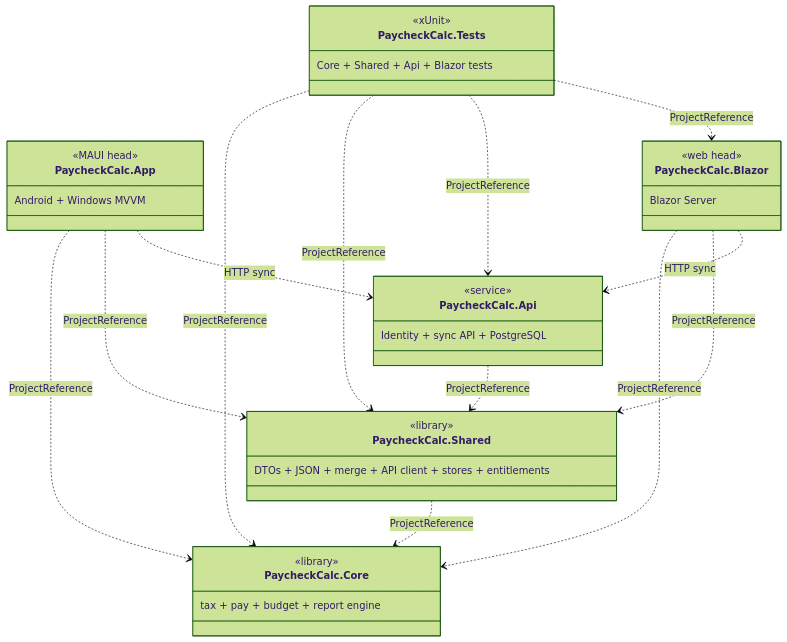
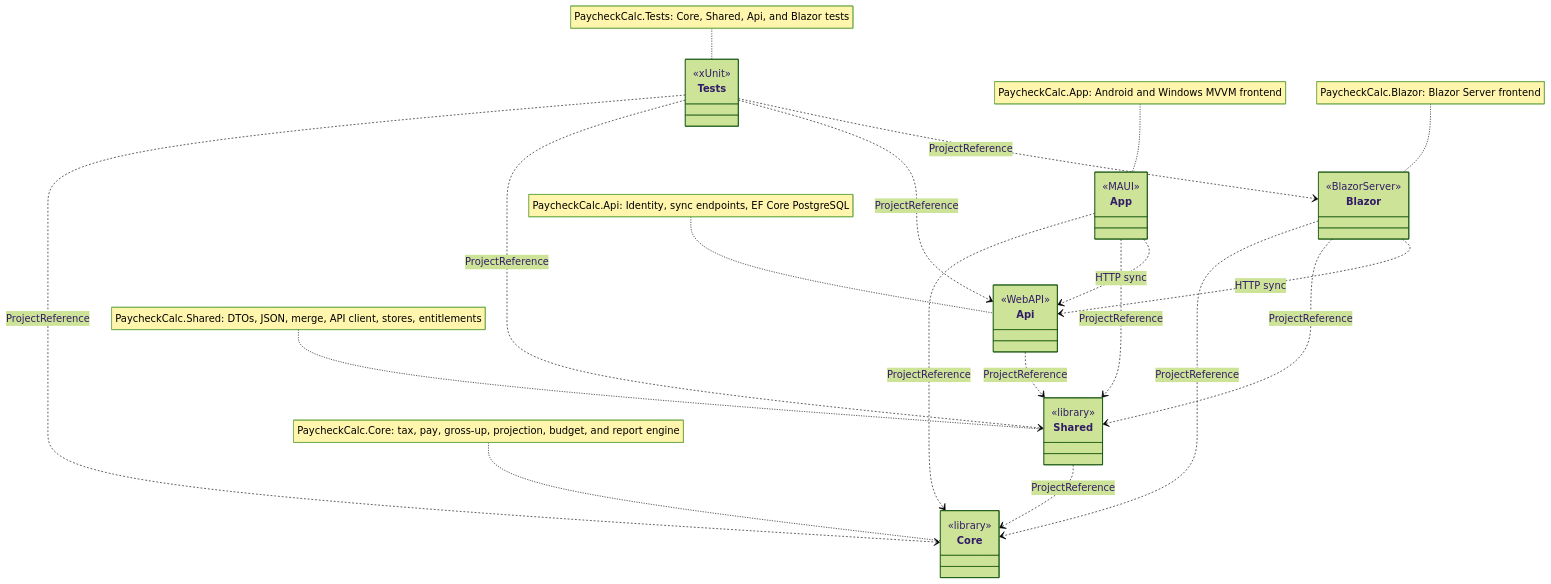
One commit to Fibonacci-0112/PaycheckCalculator changed the first of 9 diagrams in docs/class-diagram.md. Above: the diagram before and after it, drawn with Mermaid (forest theme). The commit also changed other lines of this file, not shown here.

Commit message:
Tighten Mermaid class diagram syntax

````diff
--- a/docs/class-diagram.md
+++ b/docs/class-diagram.md
@@ -9,42 +9,38 @@
 ```mermaid
 classDiagram
     direction TB
 
-    class Core["PaycheckCalc.Core"] {
-        <<library>>
-        tax + pay + budget + report engine
-    }
-    class Shared["PaycheckCalc.Shared"] {
-        <<library>>
-        DTOs + JSON + merge + API client + stores + entitlements
-    }
-    class App["PaycheckCalc.App"] {
-        <<MAUI head>>
-        Android + Windows MVVM
-    }
-    class Blazor["PaycheckCalc.Blazor"] {
-        <<web head>>
-        Blazor Server
-    }
-    class Api["PaycheckCalc.Api"] {
-        <<service>>
-        Identity + sync API + PostgreSQL
-    }
-    class Tests["PaycheckCalc.Tests"] {
-        <<xUnit>>
-        Core + Shared + Api + Blazor tests
-    }
+    class Core
+    class Shared
+    class App
+    class Blazor
+    class Api
+    class Tests
+
+    <<library>> Core
+    <<library>> Shared
+    <<MAUI>> App
+    <<BlazorServer>> Blazor
+    <<WebAPI>> Api
+    <<xUnit>> Tests
+
+    note for Core "PaycheckCalc.Core: tax, pay, gross-up, projection, budget, and report engine"
+    note for Shared "PaycheckCalc.Shared: DTOs, JSON, merge, API client, stores, entitlements"
+    note for App "PaycheckCalc.App: Android and Windows MVVM frontend"
+    note for Blazor "PaycheckCalc.Blazor: Blazor Server frontend"
+    note for Api "PaycheckCalc.Api: Identity, sync endpoints, EF Core PostgreSQL"
+    note for Tests "PaycheckCalc.Tests: Core, Shared, Api, and Blazor tests"
 
     Shared ..> Core : ProjectReference
     App ..> Core : ProjectReference
     App ..> Shared : ProjectReference
     Blazor ..> Core : ProjectReference
     Blazor ..> Shared : ProjectReference
     Api ..> Shared : ProjectReference
     Tests ..> Core : ProjectReference
     Tests ..> Shared : ProjectReference
     Tests ..> Api : ProjectReference
     Tests ..> Blazor : ProjectReference
     App ..> Api : HTTP sync
     Blazor ..> Api : HTTP sync
 ```
````
